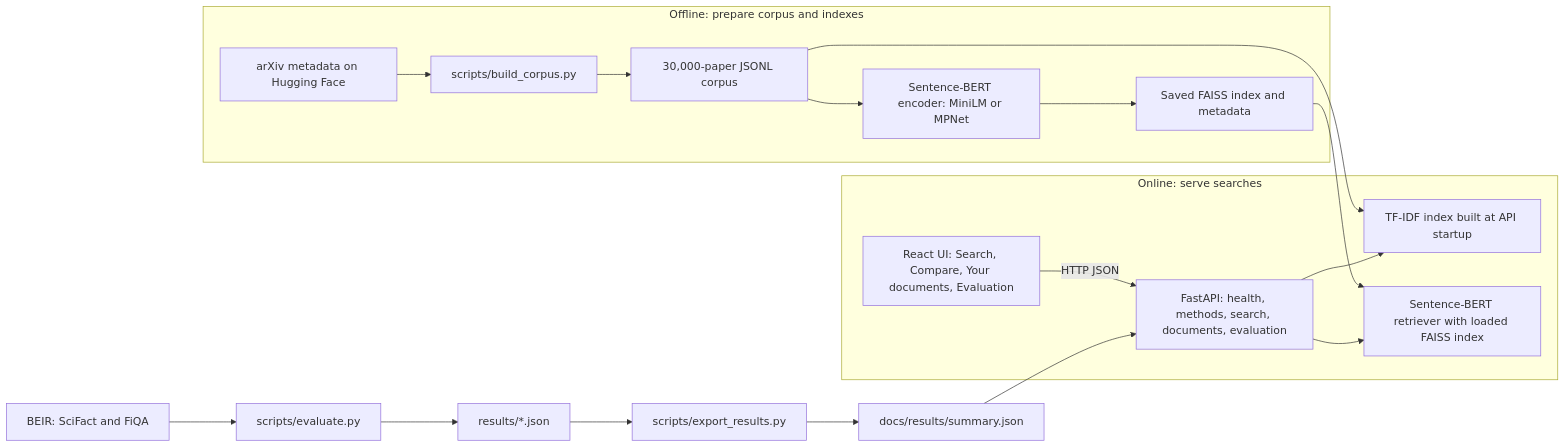
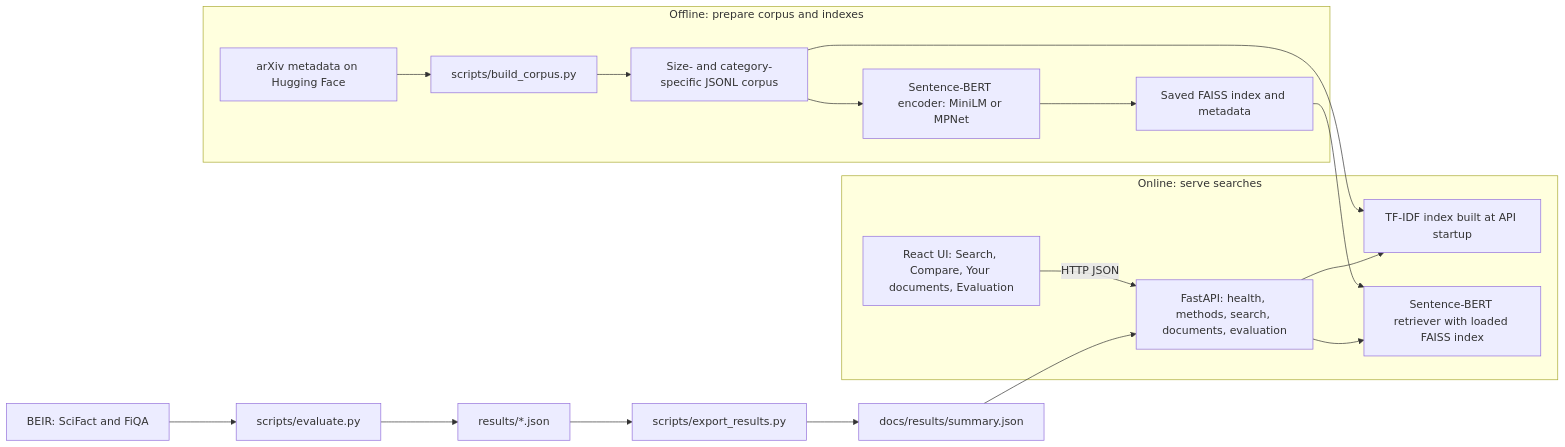
One commit to Ram0kr0singh/semantic-search-engine changed the diagram in README.md. Above: the diagram before and after it, drawn with Mermaid. The commit also changed other lines of this file and 35 other files, not shown here.

````diff
--- a/README.md
+++ b/README.md
@@ -113,24 +113,24 @@
 ```mermaid
 flowchart LR
   subgraph OFFLINE["Offline: prepare corpus and indexes"]
     HF["arXiv metadata on Hugging Face"] --> BC["scripts/build_corpus.py"]
-    BC --> JSONL["30,000-paper JSONL corpus"]
+    BC --> JSONL["Size- and category-specific JSONL corpus"]
     JSONL --> EMB["Sentence-BERT encoder: MiniLM or MPNet"]
     EMB --> FAISS["Saved FAISS index and metadata"]
   end
 
   subgraph ONLINE["Online: serve searches"]
     API["FastAPI: health, methods, search, documents, evaluation"]
     JSONL --> TFIDF["TF-IDF index built at API startup"]
     FAISS --> SB["Sentence-BERT retriever with loaded FAISS index"]
     API --> TFIDF
     API --> SB
     UI["React UI: Search, Compare, Your documents, Evaluation"] -->|"HTTP JSON"| API
   end
 
   BEIR["BEIR: SciFact and FiQA"] --> EVAL["scripts/evaluate.py"]
   EVAL --> REPORTS["results/*.json"]
   REPORTS --> EXPORT["scripts/export_results.py"]
   EXPORT --> SNAP["docs/results/summary.json"]
   SNAP --> API
 ```
````
